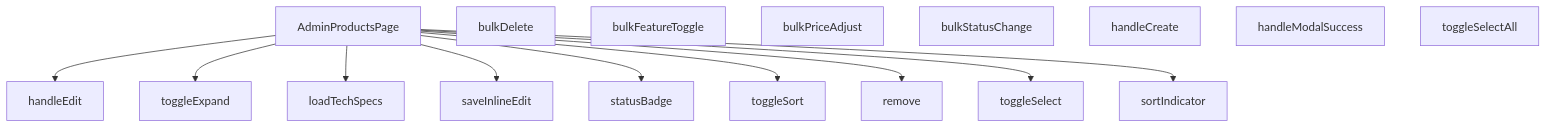
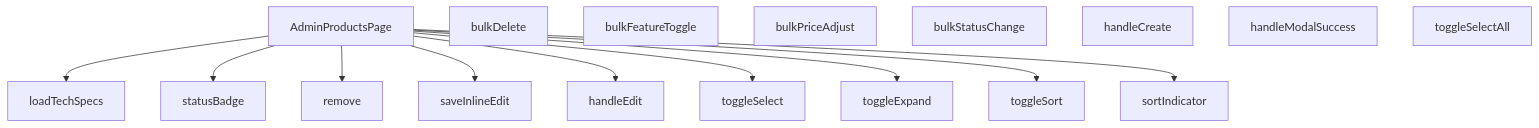
Before and after one commit to peckop/venthub-hvac-esite: the diagram in src/views/admin/AdminProductsPage.md, drawn with Mermaid. The commit also changed other lines of this file and 723 other files, not shown here.

````diff
--- a/src/views/admin/AdminProductsPage.md
+++ b/src/views/admin/AdminProductsPage.md
@@ -506,29 +195,29 @@
 ```mermaid
 graph TD
     AdminProductsPage_tsx__AdminProductsPage["AdminProductsPage"]
     AdminProductsPage_tsx__bulkDelete["bulkDelete"]
     AdminProductsPage_tsx__bulkFeatureToggle["bulkFeatureToggle"]
     AdminProductsPage_tsx__bulkPriceAdjust["bulkPriceAdjust"]
     AdminProductsPage_tsx__bulkStatusChange["bulkStatusChange"]
     AdminProductsPage_tsx__handleCreate["handleCreate"]
     AdminProductsPage_tsx__handleEdit["handleEdit"]
     AdminProductsPage_tsx__handleModalSuccess["handleModalSuccess"]
     AdminProductsPage_tsx__loadTechSpecs["loadTechSpecs"]
     AdminProductsPage_tsx__remove["remove"]
     AdminProductsPage_tsx__saveInlineEdit["saveInlineEdit"]
     AdminProductsPage_tsx__sortIndicator["sortIndicator"]
     AdminProductsPage_tsx__statusBadge["statusBadge"]
     AdminProductsPage_tsx__toggleExpand["toggleExpand"]
     AdminProductsPage_tsx__toggleSelect["toggleSelect"]
     AdminProductsPage_tsx__toggleSelectAll["toggleSelectAll"]
     AdminProductsPage_tsx__toggleSort["toggleSort"]
+    AdminProductsPage_tsx__AdminProductsPage --> AdminProductsPage_tsx__loadTechSpecs
+    AdminProductsPage_tsx__AdminProductsPage --> AdminProductsPage_tsx__statusBadge
+    AdminProductsPage_tsx__AdminProductsPage --> AdminProductsPage_tsx__remove
+    AdminProductsPage_tsx__AdminProductsPage --> AdminProductsPage_tsx__saveInlineEdit
     AdminProductsPage_tsx__AdminProductsPage --> AdminProductsPage_tsx__handleEdit
+    AdminProductsPage_tsx__AdminProductsPage --> AdminProductsPage_tsx__toggleSelect
     AdminProductsPage_tsx__AdminProductsPage --> AdminProductsPage_tsx__toggleExpand
-    AdminProductsPage_tsx__AdminProductsPage --> AdminProductsPage_tsx__loadTechSpecs
-    AdminProductsPage_tsx__AdminProductsPage --> AdminProductsPage_tsx__saveInlineEdit
-    AdminProductsPage_tsx__AdminProductsPage --> AdminProductsPage_tsx__statusBadge
     AdminProductsPage_tsx__AdminProductsPage --> AdminProductsPage_tsx__toggleSort
-    AdminProductsPage_tsx__AdminProductsPage --> AdminProductsPage_tsx__remove
-    AdminProductsPage_tsx__AdminProductsPage --> AdminProductsPage_tsx__toggleSelect
     AdminProductsPage_tsx__AdminProductsPage --> AdminProductsPage_tsx__sortIndicator
 ```
````
